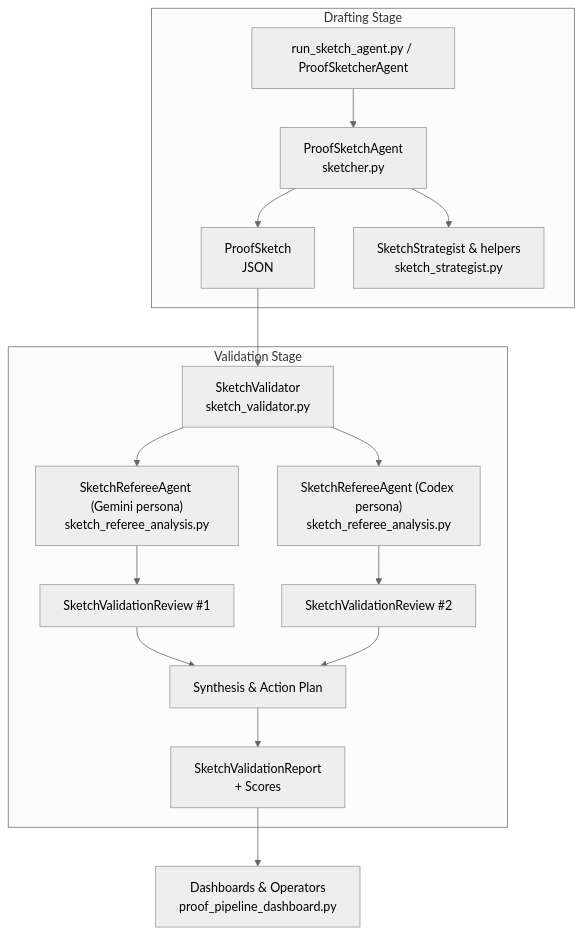
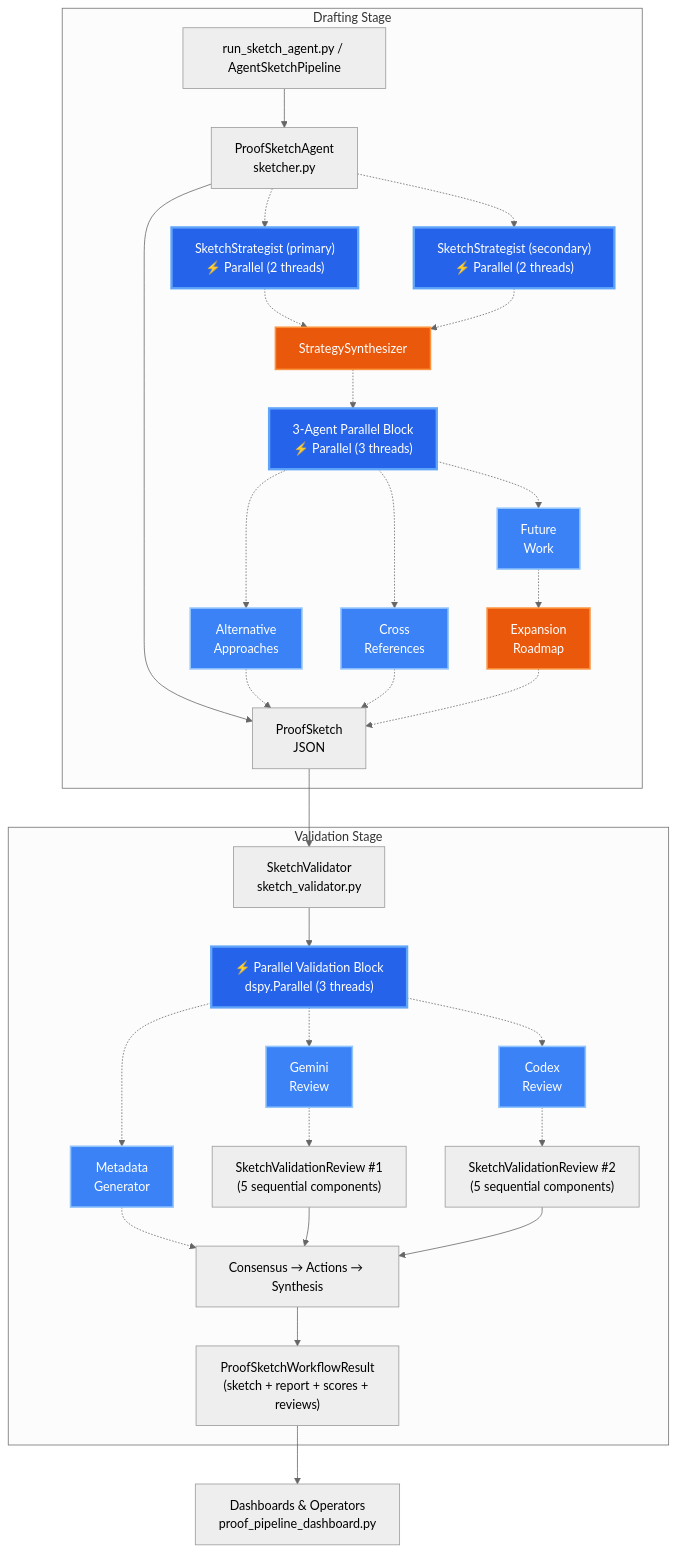
The first of 2 diagrams in src/mathster/proof_sketcher/README.md (FragileTech/fragile), drawn with Mermaid (neutral theme) before and after one commit. The commit also changed other lines of this file and 6 other files, not shown here.

Commit message:
Improve sketch workflow

````diff
--- a/src/mathster/proof_sketcher/README.md
+++ b/src/mathster/proof_sketcher/README.md
@@ -14,21 +14,50 @@
 ```mermaid
 graph TD
-    subgraph Drafting Stage
-        A["run_sketch_agent.py / ProofSketcherAgent"] --> B["ProofSketchAgent<br/>sketcher.py"]
-        B --> C[ProofSketch<br/>JSON]
-        B --> D[SketchStrategist & helpers<br/>sketch_strategist.py]
+    subgraph "Drafting Stage"
+        A["run_sketch_agent.py / AgentSketchPipeline"] --> B["ProofSketchAgent<br/>sketcher.py"]
+        B --> C["ProofSketch<br/>JSON"]
+        B -.-> D1["SketchStrategist (primary)<br/>⚡ Parallel (2 threads)"]
+        B -.-> D2["SketchStrategist (secondary)<br/>⚡ Parallel (2 threads)"]
+        D1 -.-> D3["StrategySynthesizer"]
+        D2 -.-> D3
+        D3 -.-> D4["3-Agent Parallel Block<br/>⚡ Parallel (3 threads)"]
+        D4 -.-> D5["Alternative<br/>Approaches"]
+        D4 -.-> D6["Future<br/>Work"]
+        D4 -.-> D7["Cross<br/>References"]
+        D5 -.-> C
+        D6 -.-> D8["Expansion<br/>Roadmap"]
+        D7 -.-> C
+        D8 -.-> C
+        style D1 fill:#2563eb,stroke:#60a5fa,stroke-width:3px,color:#fff
+        style D2 fill:#2563eb,stroke:#60a5fa,stroke-width:3px,color:#fff
+        style D3 fill:#ea580c,stroke:#fb923c,stroke-width:2px,color:#fff
+        style D4 fill:#2563eb,stroke:#60a5fa,stroke-width:3px,color:#fff
+        style D5 fill:#3b82f6,stroke:#93c5fd,stroke-width:2px,color:#fff
+        style D6 fill:#3b82f6,stroke:#93c5fd,stroke-width:2px,color:#fff
+        style D7 fill:#3b82f6,stroke:#93c5fd,stroke-width:2px,color:#fff
+        style D8 fill:#ea580c,stroke:#fb923c,stroke-width:2px,color:#fff
     end
 
-    subgraph Validation Stage
-        C --> E[SketchValidator<br/>sketch_validator.py]
-        E --> F1["SketchRefereeAgent (Gemini persona)<br/>sketch_referee_analysis.py"]
-        E --> F2["SketchRefereeAgent (Codex persona)<br/>sketch_referee_analysis.py"]
-        F1 --> G[SketchValidationReview #1]
-        F2 --> H[SketchValidationReview #2]
-        G --> I[Synthesis & Action Plan]
+    subgraph "Validation Stage"
+        C --> E["SketchValidator<br/>sketch_validator.py"]
+        E --> VP["⚡ Parallel Validation Block<br/>dspy.Parallel (3 threads)"]
+
+        VP -.-> M["Metadata<br/>Generator"]
+        VP -.-> F1["Gemini<br/>Review"]
+        VP -.-> F2["Codex<br/>Review"]
+
+        M -.-> I
+        F1 -.-> G["SketchValidationReview #1<br/>(5 sequential components)"]
+        F2 -.-> H["SketchValidationReview #2<br/>(5 sequential components)"]
+        G --> I["Consensus → Actions → Synthesis"]
         H --> I
-        I --> J[SketchValidationReport<br/>+ Scores]
+        I --> J["ProofSketchWorkflowResult<br/>(sketch + report + scores + reviews)"]
+
+        style VP fill:#2563eb,stroke:#60a5fa,stroke-width:3px,color:#fff
+        style M fill:#3b82f6,stroke:#93c5fd,stroke-width:2px,color:#fff
+        style F1 fill:#3b82f6,stroke:#93c5fd,stroke-width:2px,color:#fff
+        style F2 fill:#3b82f6,stroke:#93c5fd,stroke-width:2px,color:#fff
     end
 
-    J --> K[Dashboards & Operators<br/>proof_pipeline_dashboard.py]
+    J --> K["Dashboards & Operators<br/>proof_pipeline_dashboard.py"]
 ```
````
